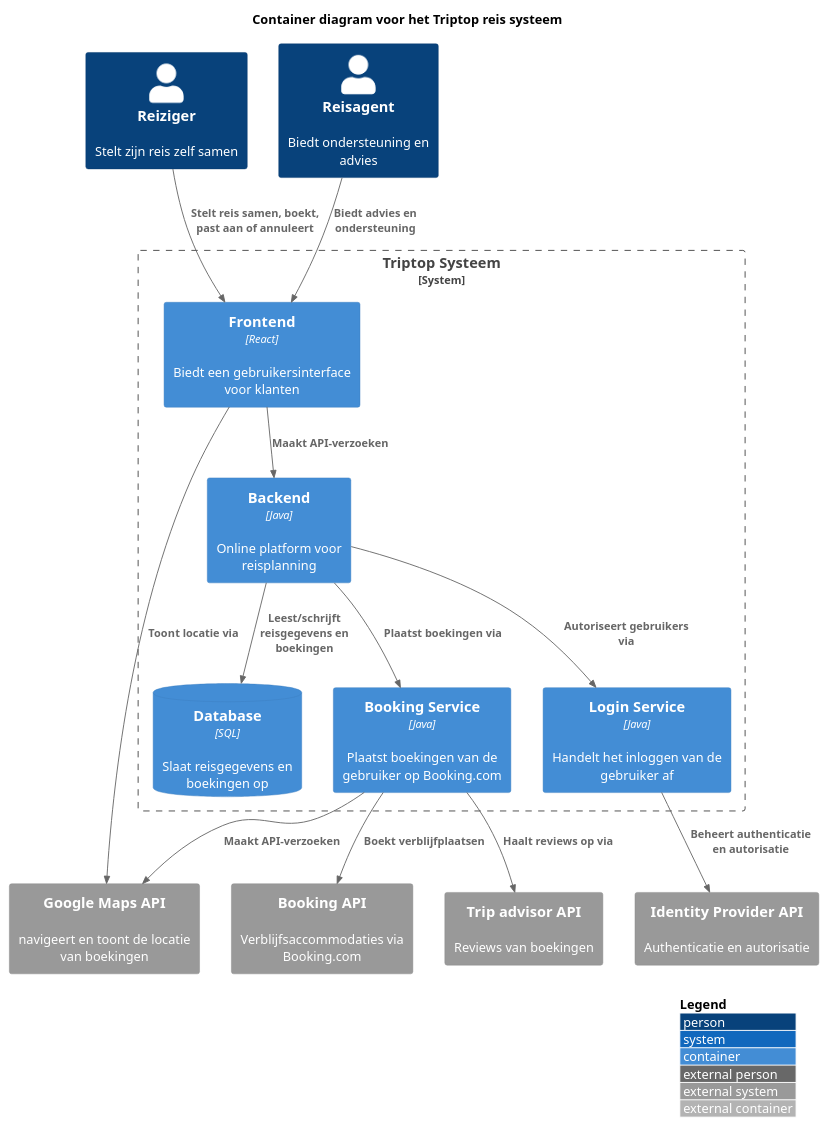
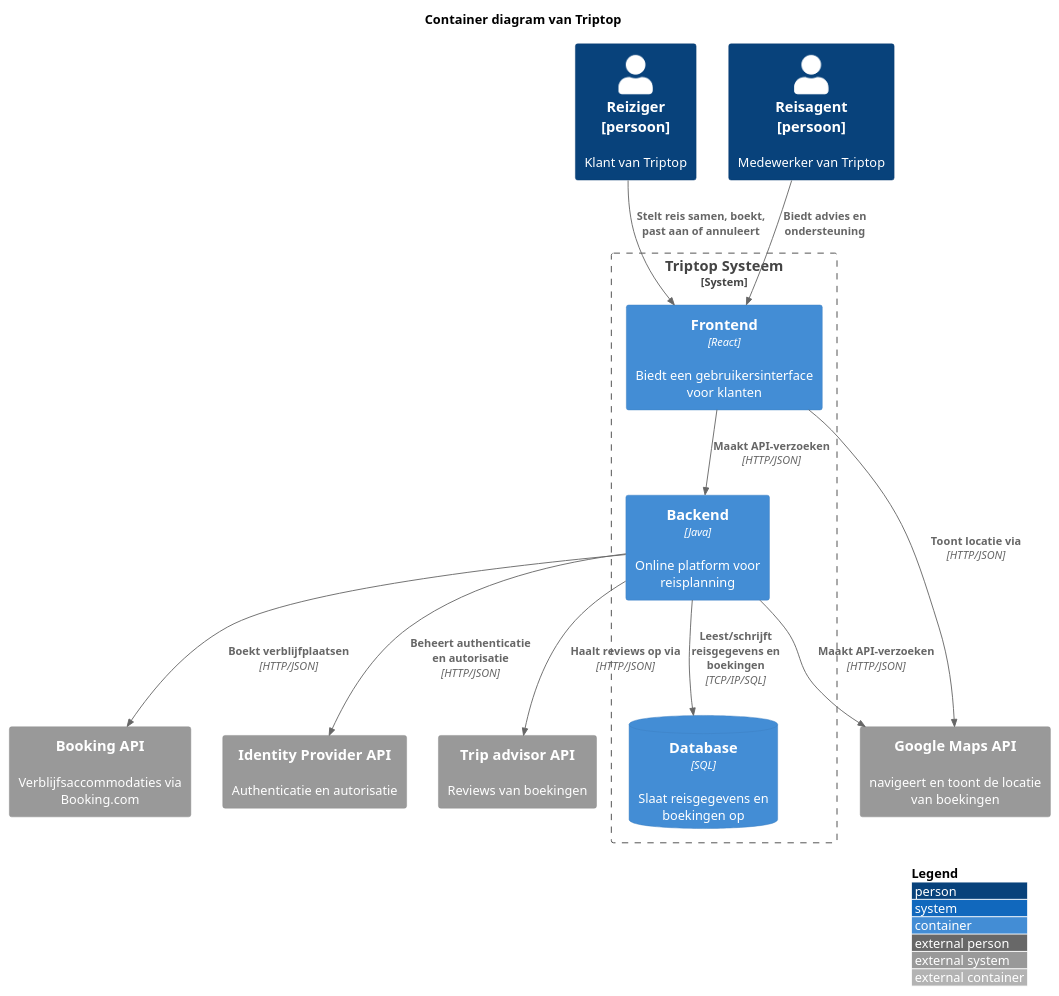
Before and after one commit to AIM-ENE-feb25/triptop-groep-b3: the diagram in software-guidebook/groep-container-diagram.puml, drawn with PlantUML.

Commit message:
Refactor groep-container-diagram.puml: Simplify titles, enhance person descriptions, and clarify relationships with protocols

```diff
--- a/software-guidebook/groep-container-diagram.puml
+++ b/software-guidebook/groep-container-diagram.puml
@@ -1,38 +1,34 @@
 @startuml
 !include <C4/C4>
 !include <C4/C4_Context>
 !include <C4/C4_Container>
 
 LAYOUT_WITH_LEGEND()
 
-title Container diagram voor het Triptop reis systeem
+title Container diagram van Triptop
 
-Person(reiziger, "Reiziger", "Stelt zijn reis zelf samen")
-Person(reisagent, "Reisagent", "Biedt ondersteuning en advies")
+Person(reiziger, "Reiziger\n[persoon]", "Klant van Triptop")
+Person(reisagent, "Reisagent\n[persoon]", "Medewerker van Triptop")
 
 System_Boundary(triptop, "Triptop Systeem") {
     Container(frontend, "Frontend", "React","Biedt een gebruikersinterface voor klanten")
     Container(backend, "Backend", "Java", "Online platform voor reisplanning")
-    Container(bookings, "Booking Service", "Java", "Plaatst boekingen van de gebruiker op Booking.com")
-    Container(login, "Login Service", "Java", "Handelt het inloggen van de gebruiker af")
     ContainerDb(database, "Database", "SQL", "Slaat reisgegevens en boekingen op")
 }
 
 System_Ext(bookingAPI, "Booking API", "Verblijfsaccommodaties via Booking.com")
 System_Ext(MapsAPI, "Google Maps API", "navigeert en toont de locatie van boekingen")
 System_Ext(identityProviderAPI, "Identity Provider API", "Authenticatie en autorisatie")
 System_Ext(tripAdvisor, "Trip advisor API", "Reviews van boekingen")
 
 Rel(reiziger, frontend, "Stelt reis samen, boekt, past aan of annuleert")
 Rel(reisagent, frontend, "Biedt advies en ondersteuning")
-Rel(frontend, backend, "Maakt API-verzoeken")
-Rel(backend, database, "Leest/schrijft reisgegevens en boekingen")
-Rel(bookings, bookingAPI, "Boekt verblijfplaatsen")
-Rel(frontend, MapsAPI, "Toont locatie via")
-Rel(bookings, MapsAPI, "Maakt API-verzoeken")
-Rel(login, identityProviderAPI, "Beheert authenticatie en autorisatie")
-Rel(backend, bookings, "Plaatst boekingen via")
-Rel(backend, login, "Autoriseert gebruikers via")
-Rel(bookings, tripAdvisor, "Haalt reviews op via")
+Rel(frontend, backend, "Maakt API-verzoeken", "HTTP/JSON")
+Rel(backend, database, "Leest/schrijft reisgegevens en boekingen", "TCP/IP/SQL")
+Rel(backend, bookingAPI, "Boekt verblijfplaatsen", "HTTP/JSON")
+Rel(frontend, MapsAPI, "Toont locatie via", "HTTP/JSON")
+Rel(backend, MapsAPI, "Maakt API-verzoeken", "HTTP/JSON")
+Rel(backend, identityProviderAPI, "Beheert authenticatie en autorisatie", "HTTP/JSON")
+Rel(backend, tripAdvisor, "Haalt reviews op via", "HTTP/JSON")
 
 @enduml
```
